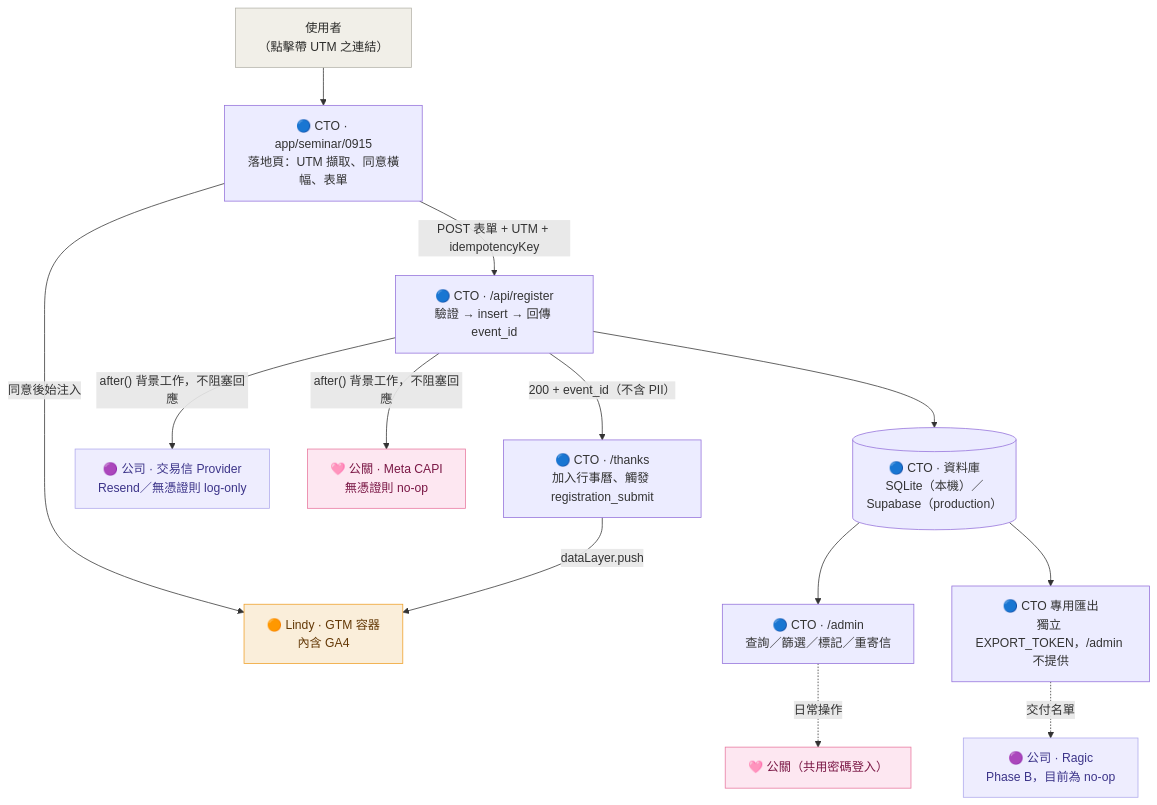
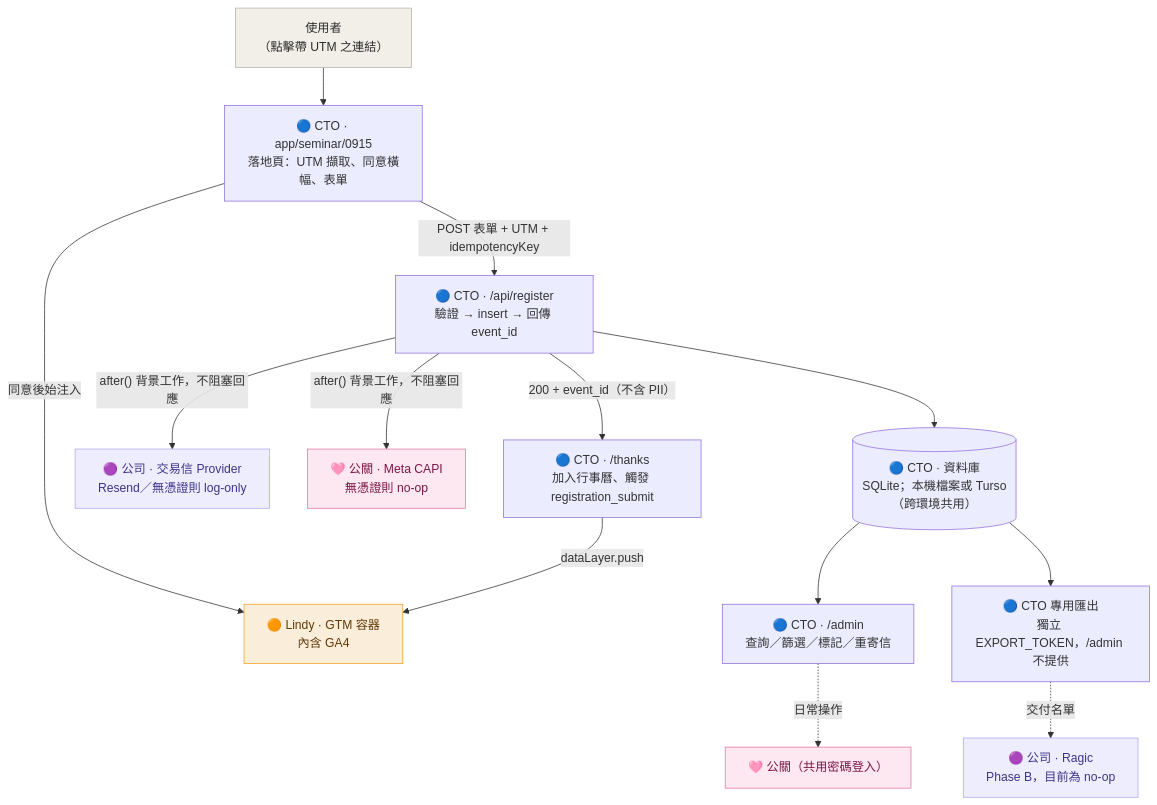
The diagram in README.md (cawu-ii/agatha-seminar-0915), drawn with Mermaid before and after one commit. The commit also changed other lines of this file and 9 other files, not shown here.

First line of the commit message:
feat: switch to Turso (hosted SQLite) for shared admin data access

````diff
--- a/README.md
+++ b/README.md
@@ -82,21 +81,21 @@
 ```mermaid
 flowchart TD
   U["使用者<br/>（點擊帶 UTM 之連結）"]:::ext
   U --> LP["🔵 CTO · app/seminar/0915<br/>落地頁：UTM 擷取、同意橫幅、表單"]
   LP -->|"同意後始注入"| GTM["🟠 Lindy · GTM 容器<br/>內含 GA4"]:::lindy
   LP -->|"POST 表單 + UTM + idempotencyKey"| API["🔵 CTO · /api/register<br/>驗證 → insert → 回傳 event_id"]
-  API --> DB[("🔵 CTO · 資料庫<br/>SQLite（本機）／Supabase（production）")]
+  API --> DB[("🔵 CTO · 資料庫<br/>SQLite；本機檔案或 Turso（跨環境共用）")]
   API -->|"after() 背景工作，不阻塞回應"| MAIL["🟣 公司 · 交易信 Provider<br/>Resend／無憑證則 log-only"]:::company
   API -->|"after() 背景工作，不阻塞回應"| META["🩷 公關 · Meta CAPI<br/>無憑證則 no-op"]:::pr
   API -->|"200 + event_id（不含 PII）"| THX["🔵 CTO · /thanks<br/>加入行事曆、觸發 registration_submit"]
   THX -->|"dataLayer.push"| GTM
   DB --> ADMIN["🔵 CTO · /admin<br/>查詢／篩選／標記／重寄信"]
   ADMIN -.日常操作.-> PRUSER["🩷 公關（共用密碼登入）"]:::pr
   DB --> EXPORT["🔵 CTO 專用匯出<br/>獨立 EXPORT_TOKEN，/admin 不提供"]
   EXPORT -.交付名單.-> RAGIC["🟣 公司 · Ragic<br/>Phase B，目前為 no-op"]:::company
 
   classDef ext fill:#F1EFE8,stroke:#B4B2A9,color:#2C2C2A;
   classDef lindy fill:#FAEEDA,stroke:#EF9F27,color:#633806;
   classDef pr fill:#FDE7F1,stroke:#E8779E,color:#7A1745;
   classDef company fill:#EEEDFE,stroke:#AFA9EC,color:#3C3489;
 ```
````
